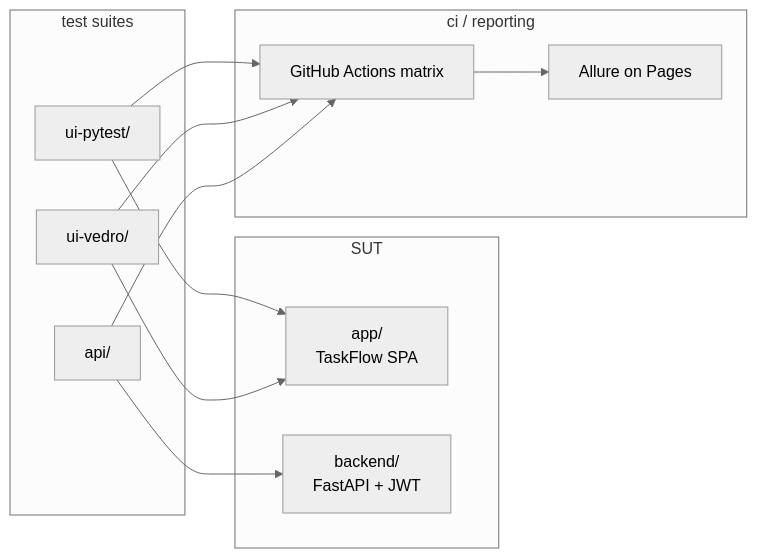
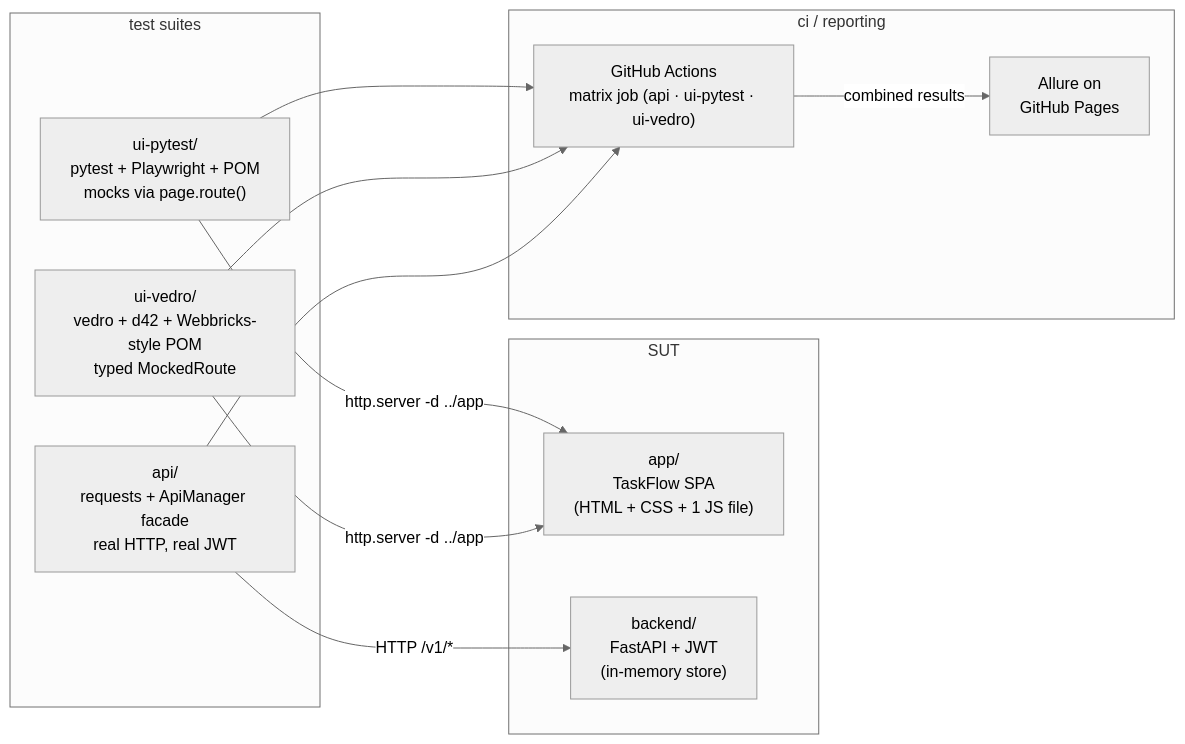
The first of 2 diagrams in README.md (nightmarovvv/qa-automation-portfolio), drawn with Mermaid (neutral theme) before and after one commit. The commit also changed other lines of this file, not shown here.

Commit message:
design: drop the SVG sign — restraint reads stronger than half-rendered DM Serif

````diff
--- a/README.md
+++ b/README.md
@@ -194,23 +164,26 @@
 ```mermaid
 flowchart LR
     subgraph SUT
-        SPA["app/<br/>TaskFlow SPA"]
-        BE["backend/<br/>FastAPI + JWT"]
+        SPA["app/<br/>TaskFlow SPA<br/>(HTML + CSS + 1 JS file)"]
+        BE["backend/<br/>FastAPI + JWT<br/>(in-memory store)"]
     end
+
     subgraph "test suites"
-        UIP["ui-pytest/"]
-        UIV["ui-vedro/"]
-        API["api/"]
+        UIP["ui-pytest/<br/>pytest + Playwright + POM<br/>mocks via page.route()"]
+        UIV["ui-vedro/<br/>vedro + d42 + Webbricks-style POM<br/>typed MockedRoute"]
+        API["api/<br/>requests + ApiManager facade<br/>real HTTP, real JWT"]
     end
+
     subgraph "ci / reporting"
-        CI["GitHub Actions matrix"]
-        AL["Allure on Pages"]
+        CI["GitHub Actions<br/>matrix job (api · ui-pytest · ui-vedro)"]
+        AL["Allure on<br/>GitHub Pages"]
     end
-    UIP --> SPA
-    UIV --> SPA
-    API --> BE
+
+    UIP -->|http.server -d ../app| SPA
+    UIV -->|http.server -d ../app| SPA
+    API -->|HTTP /v1/*| BE
     UIP --> CI
     UIV --> CI
     API --> CI
-    CI --> AL
+    CI -->|combined results| AL
 ```
````
